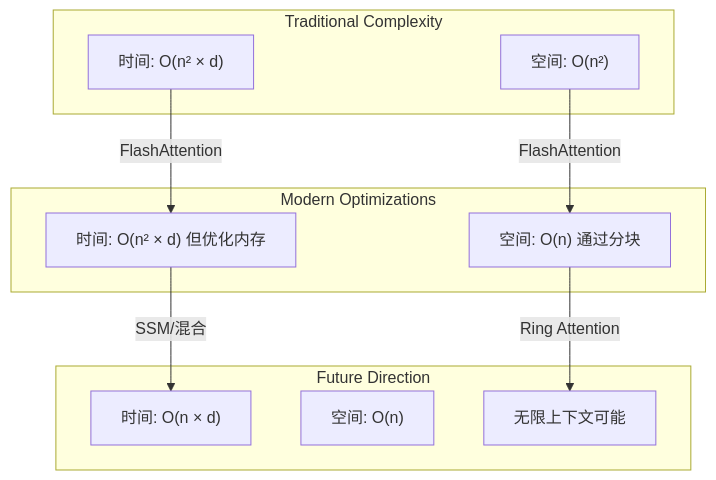
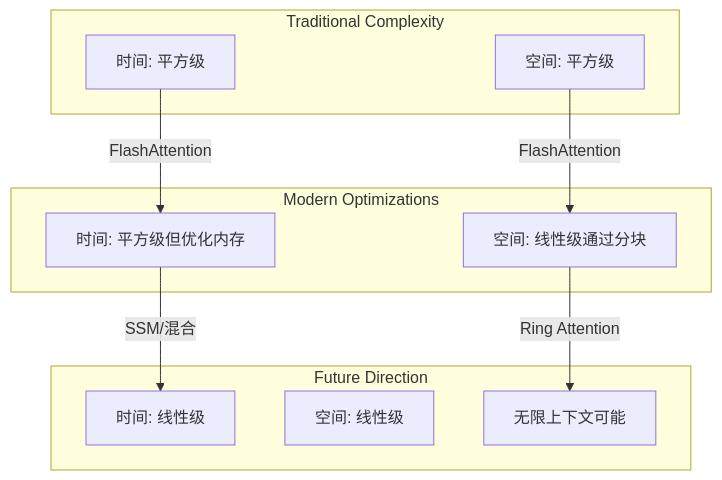
One commit to Xunzhuo/mini-sglang changed diagram 22 of 24 in learning/website/docs/basics/05-transformer-architecture.md. Above: the diagram before and after it, drawn with Mermaid. The commit also changed other lines of this file and 5 other files, not shown here.

````diff
--- a/learning/website/docs/basics/05-transformer-architecture.md
+++ b/learning/website/docs/basics/05-transformer-architecture.md
@@ -610,23 +610,23 @@
 ```mermaid
 graph TB
     subgraph Traditional Complexity
-        TC["时间: O(n² × d)"]
-        TS["空间: O(n²)"]
+        TC["时间: 平方级"]
+        TS["空间: 平方级"]
     end
-    
+
     subgraph Modern Optimizations
-        MC["时间: O(n² × d) 但优化内存"]
-        MS["空间: O(n) 通过分块"]
+        MC["时间: 平方级但优化内存"]
+        MS["空间: 线性级通过分块"]
     end
-    
+
     subgraph Future Direction
-        FV["时间: O(n × d)"]
-        FV1["空间: O(n)"]
+        FV["时间: 线性级"]
+        FV1["空间: 线性级"]
         FV2["无限上下文可能"]
     end
     
     TC --> |FlashAttention| MC
     TS --> |FlashAttention| MS
     MC --> |SSM/混合| FV
     MS --> |Ring Attention| FV2
 ```
````
